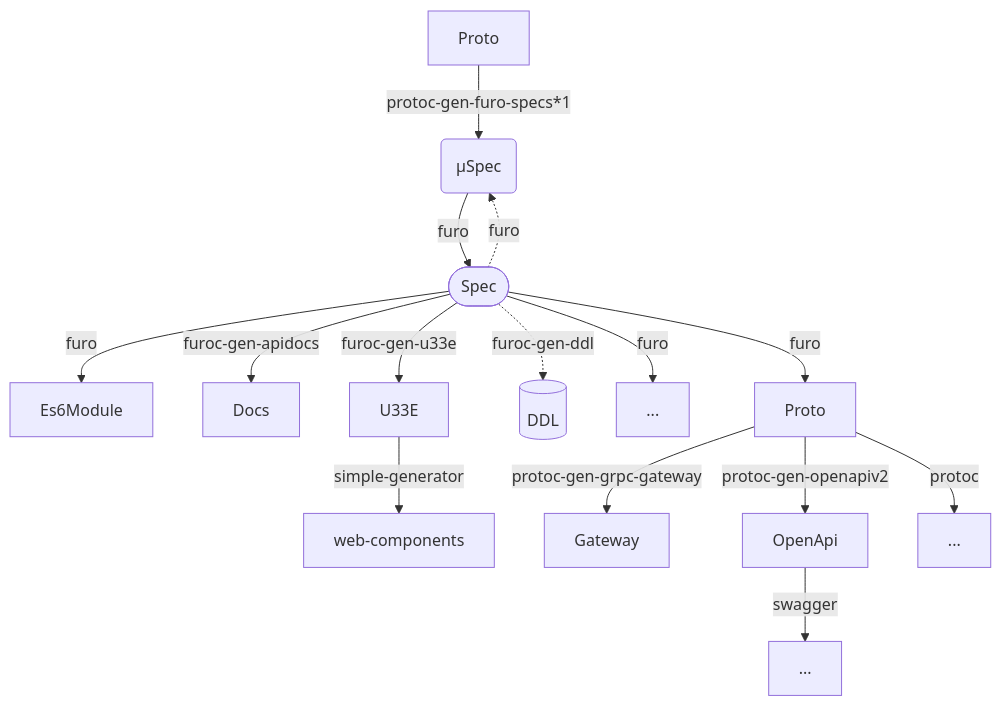
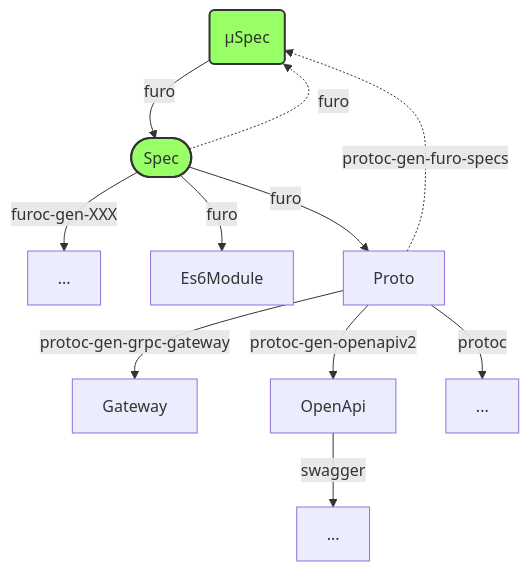
One commit to eclipse/eclipsefuro changed the diagram in docs/furo/content/docs/overview.md. Above: the diagram before and after it, drawn with Mermaid. The commit also changed other lines of this file, not shown here.

Commit message:
docs: overview image

```diff
--- a/docs/furo/content/docs/overview.md
+++ b/docs/furo/content/docs/overview.md
@@ -19,24 +16,23 @@
 {{< mermaid >}}
 graph TD
 
 µSpec(µSpec)
 Spec([Spec])
 µSpec-- furo -->Spec
 Spec-. furo .->µSpec
-someProto[Proto] -- protoc-gen-furo-specs*1 --> µSpec
 
+
+Spec-- furoc-gen-XXX  -->x[...]
 Spec-- furo -->Es6Module
-Spec-- furoc-gen-apidocs -->Docs
-Spec-- furoc-gen-u33e  -->U33E
-U33E-- simple-generator  -->web-components
-Spec-. furoc-gen-ddl .->ddl[(DDL)]
-Spec-- furo  -->xs[...]
 Spec-- furo -->Proto
 
 
 Proto-- protoc-gen-grpc-gateway  -->Gateway
 Proto-- protoc-gen-openapiv2  -->OpenApi
 OpenApi-- swagger  -->xo[...]
 Proto-- protoc  -->xp[...]
+Proto -. protoc-gen-furo-specs .->µSpec
 
+classDef green fill:#9f6,stroke:#333,stroke-width:2px;
+class Spec,µSpec green
 {{< /mermaid >}}
```
